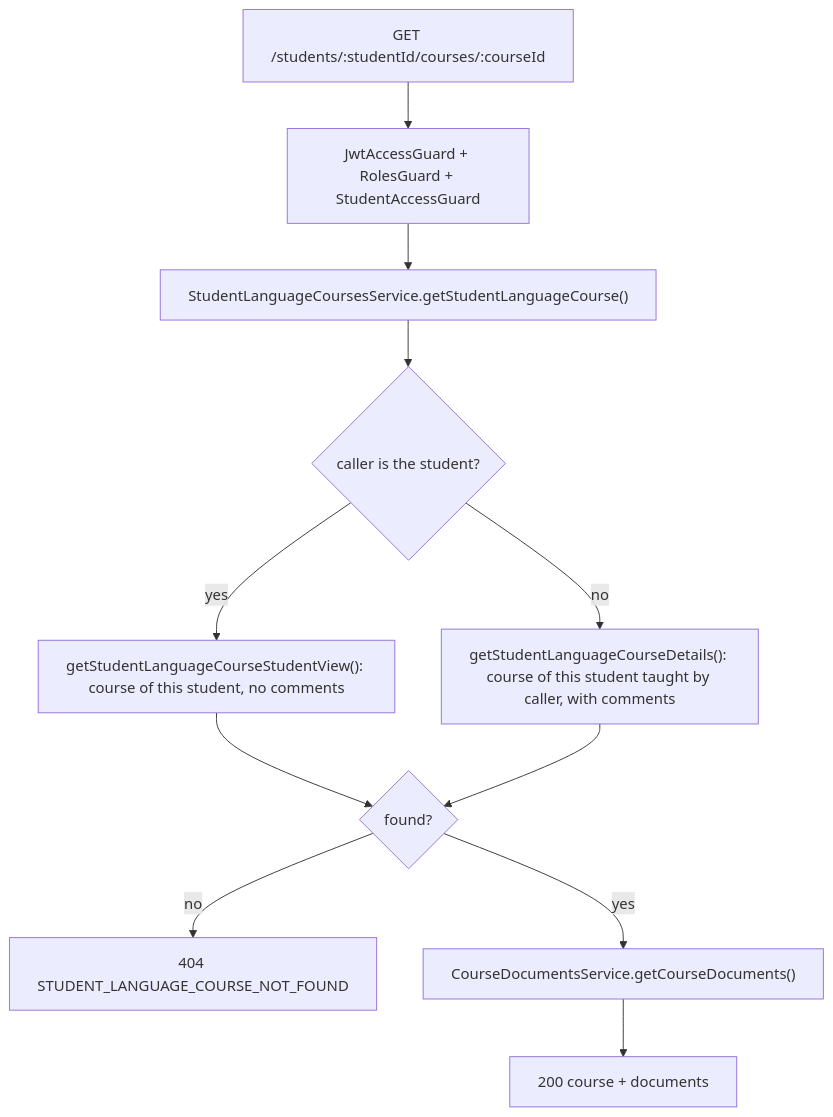
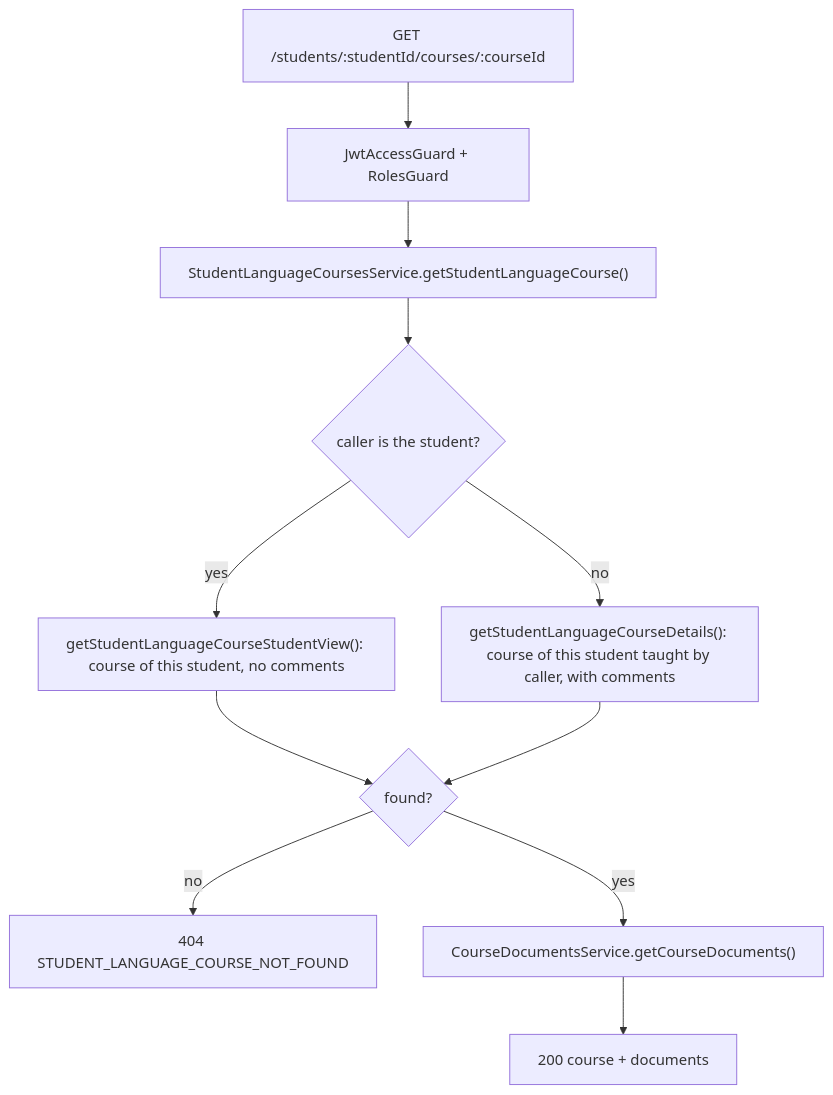
Before and after one commit to KaterynaKocheharova/Practice-app: the third of 4 diagrams in back/docs/students/language-course-endpoints.md, drawn with Mermaid. The commit also changed other lines of this file and 53 other files, not shown here.

````diff
--- a/back/docs/students/language-course-endpoints.md
+++ b/back/docs/students/language-course-endpoints.md
@@ -80,13 +80,13 @@
 ```mermaid
 flowchart TD
-  Request["GET /students/:studentId/courses/:courseId"] --> Guards["JwtAccessGuard + RolesGuard + StudentAccessGuard"]
+  Request["GET /students/:studentId/courses/:courseId"] --> Guards["JwtAccessGuard + RolesGuard"]
   Guards --> Service["StudentLanguageCoursesService.getStudentLanguageCourse()"]
   Service --> Self{"caller is the student?"}
   Self -- yes --> StudentView["getStudentLanguageCourseStudentView(): course of this student, no comments"]
   Self -- no --> Details["getStudentLanguageCourseDetails(): course of this student taught by caller, with comments"]
   StudentView --> Found{"found?"}
   Details --> Found
   Found -- no --> NotFound["404 STUDENT_LANGUAGE_COURSE_NOT_FOUND"]
   Found -- yes --> Documents["CourseDocumentsService.getCourseDocuments()"]
   Documents --> Response["200 course + documents"]
 ```
````
